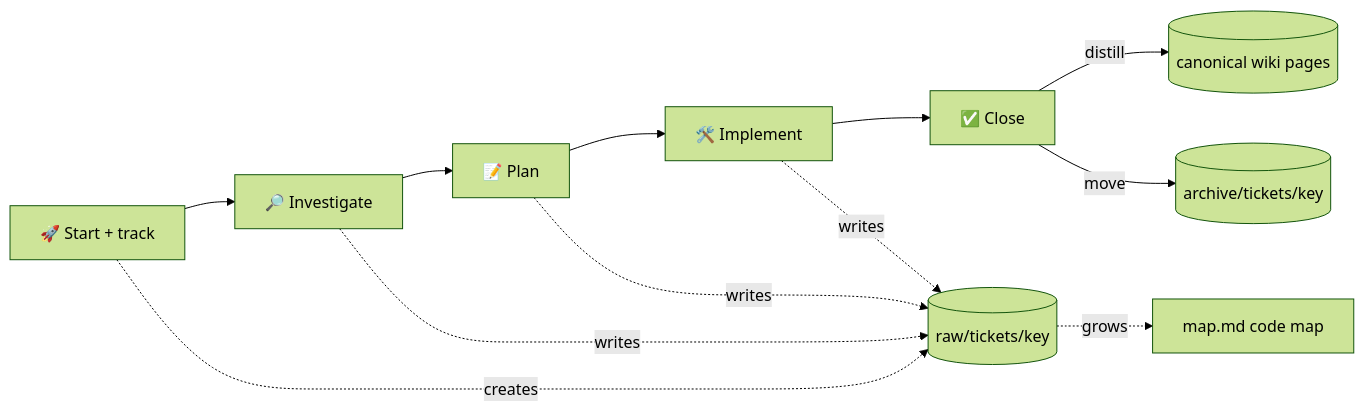
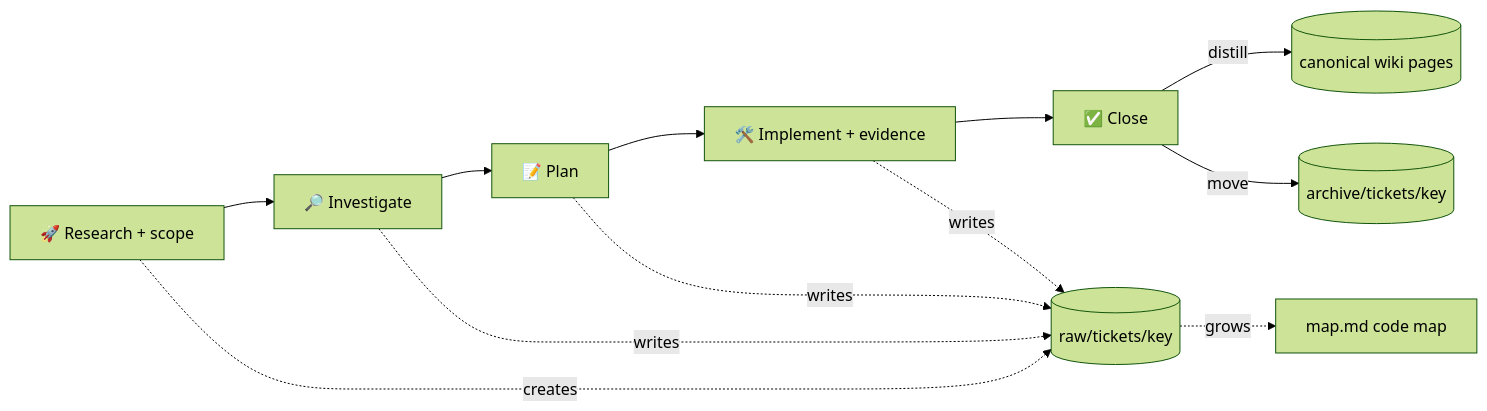
Before and after one commit to alexradunet/forge-engineering: the first of 2 diagrams in plugins/forge/skills/ticket/SKILL.md, drawn with Mermaid (forest theme). The commit also changed other lines of this file and 34 other files, not shown here.

````diff
--- a/plugins/forge/skills/ticket/SKILL.md
+++ b/plugins/forge/skills/ticket/SKILL.md
@@ -34,11 +34,11 @@
 ```mermaid
 flowchart LR
-  S[🚀 Start + track] --> I[🔎 Investigate] --> P[📝 Plan] --> M[🛠️ Implement] --> C[✅ Close]
+  S[🚀 Research + scope] --> I[🔎 Investigate] --> P[📝 Plan] --> M[🛠️ Implement + evidence] --> C[✅ Close]
   S -. creates .-> R[(raw/tickets/key)]
   I -. writes .-> R
   P -. writes .-> R
   M -. writes .-> R
   R -. grows .-> MAP[map.md code map]
   C -- distill --> W[(canonical wiki pages)]
   C -- move --> A[(archive/tickets/key)]
 ```
````
